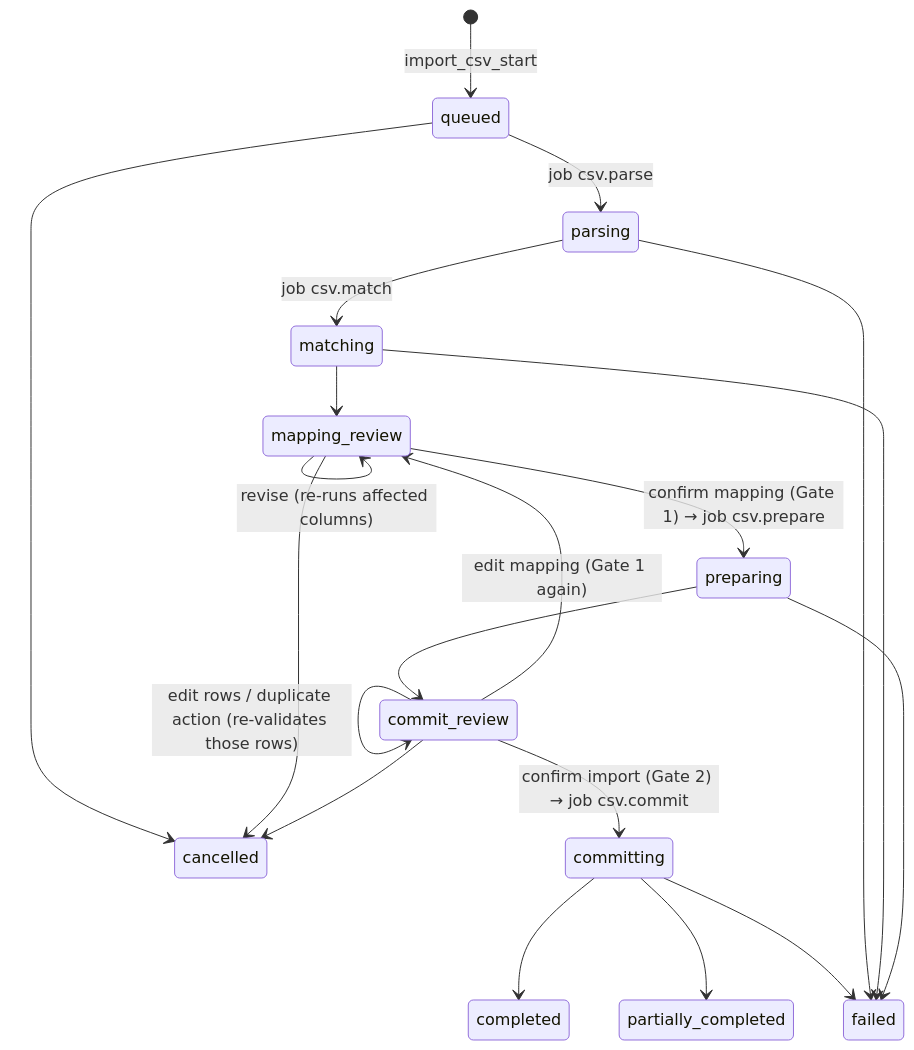
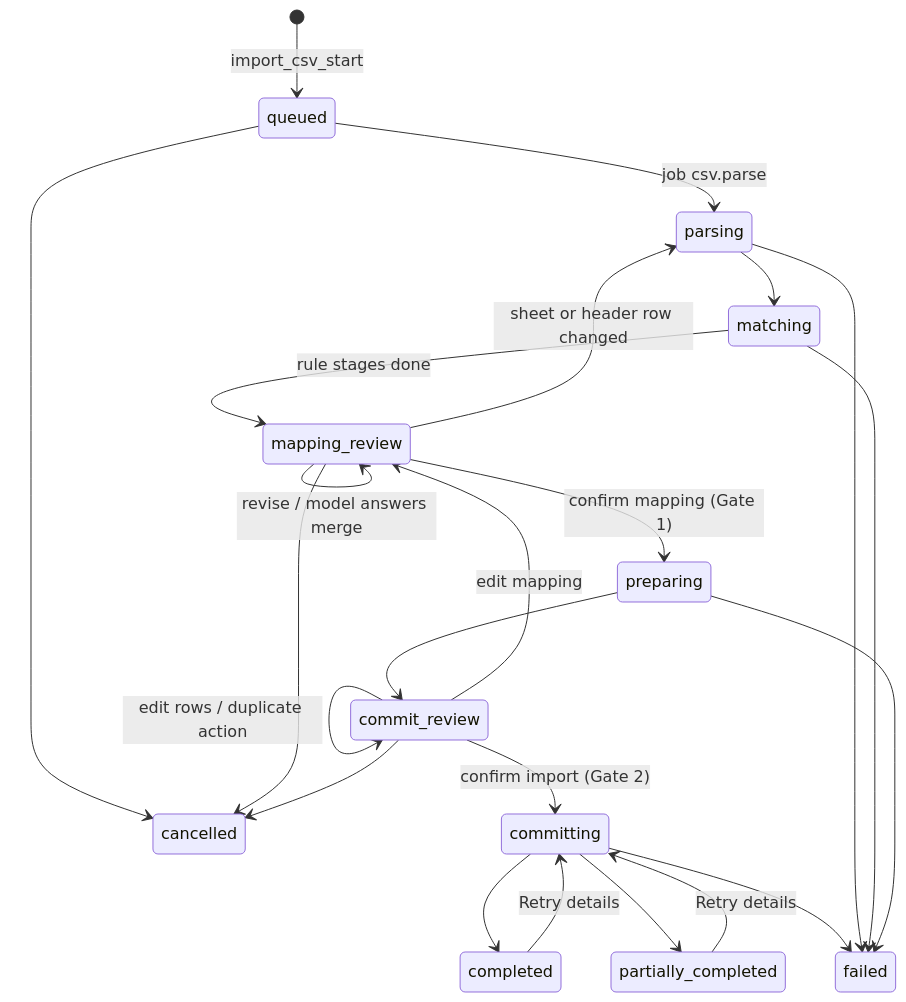
Before and after one commit to snavaneeth78/agent-csv-importer: the second of 3 diagrams in docs/tech-spec.md, drawn with Mermaid. The commit also changed other lines of this file and 33 other files, not shown here.

````diff
--- a/docs/tech-spec.md
+++ b/docs/tech-spec.md
@@ -331,22 +296,25 @@
 ```mermaid
 stateDiagram-v2
   [*] --> queued: import_csv_start
   queued --> parsing: job csv.parse
-  parsing --> matching: job csv.match
-  matching --> mapping_review
-  mapping_review --> mapping_review: revise (re-runs affected columns)
-  mapping_review --> preparing: confirm mapping (Gate 1) → job csv.prepare
+  parsing --> matching
+  matching --> mapping_review: rule stages done
+  mapping_review --> mapping_review: revise / model answers merge
+  mapping_review --> parsing: sheet or header row changed
+  mapping_review --> preparing: confirm mapping (Gate 1)
   preparing --> commit_review
-  commit_review --> commit_review: edit rows / duplicate action (re-validates those rows)
-  commit_review --> mapping_review: edit mapping (Gate 1 again)
-  commit_review --> committing: confirm import (Gate 2) → job csv.commit
+  commit_review --> commit_review: edit rows / duplicate action
+  commit_review --> mapping_review: edit mapping
+  commit_review --> committing: confirm import (Gate 2)
   committing --> completed
   committing --> partially_completed
   committing --> failed
+  completed --> committing: Retry details
+  partially_completed --> committing: Retry details
   parsing --> failed
   matching --> failed
   preparing --> failed
   queued --> cancelled
   mapping_review --> cancelled
   commit_review --> cancelled
 ```
````
